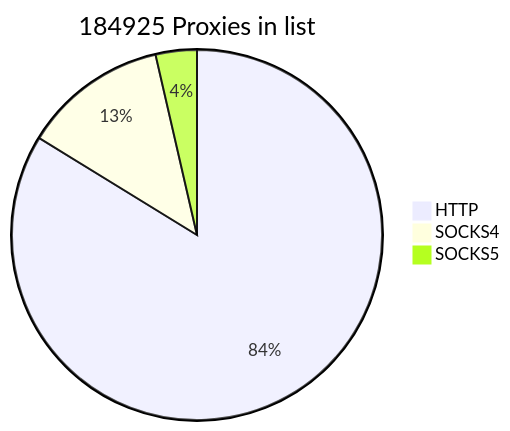
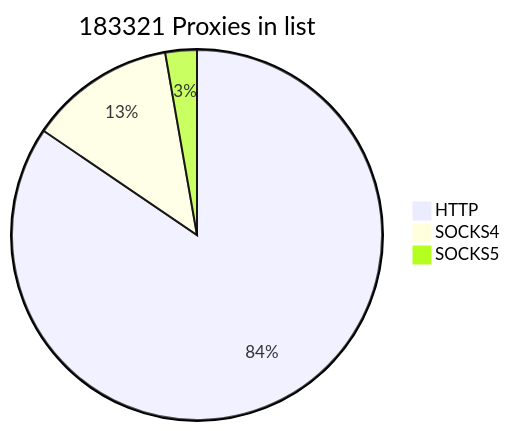
The first of 2 diagrams in README.md (cutipu/proxylist), drawn with Mermaid before and after one commit. The commit also changed other lines of this file, not shown here.

````diff
--- a/README.md
+++ b/README.md
@@ -2,7 +2,7 @@
 ```mermaid
-pie title 184925 Proxies in list
+pie title 183321 Proxies in list
     "HTTP" : 154906
     "SOCKS4" : 23366
-    "SOCKS5" : 6653
+    "SOCKS5" : 5049
             
 ```
````
